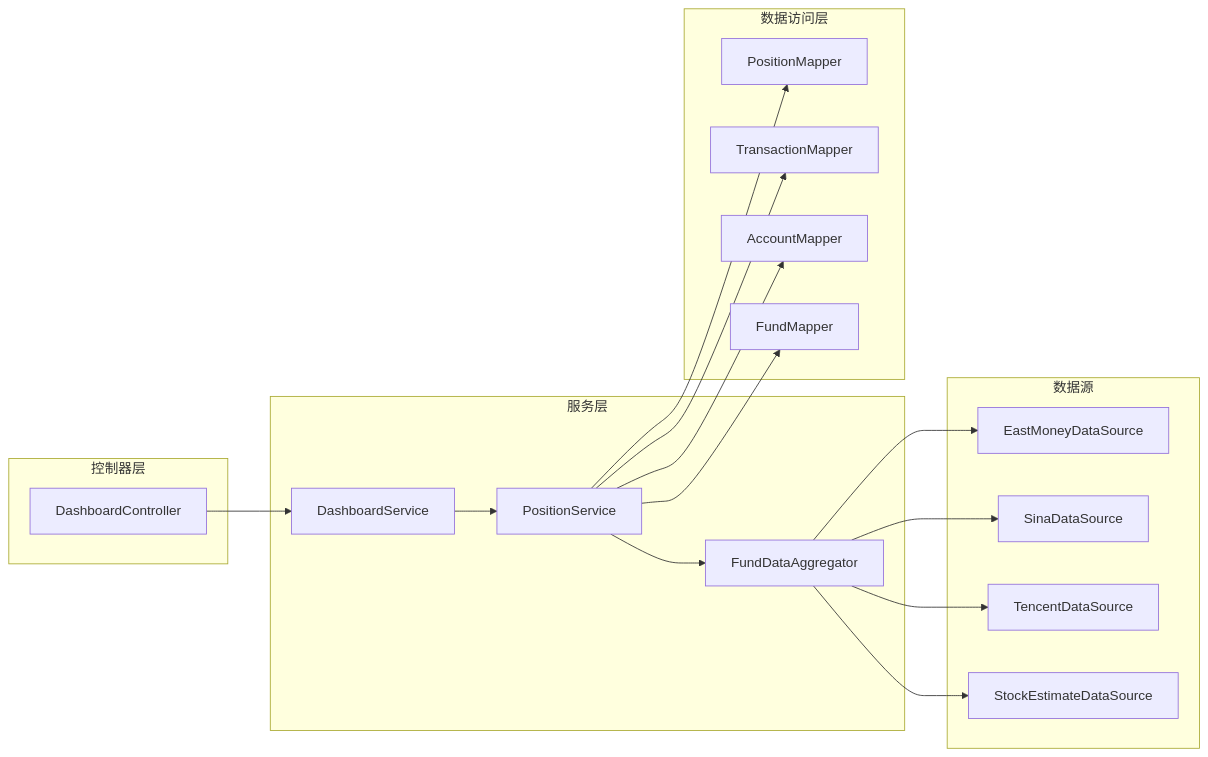
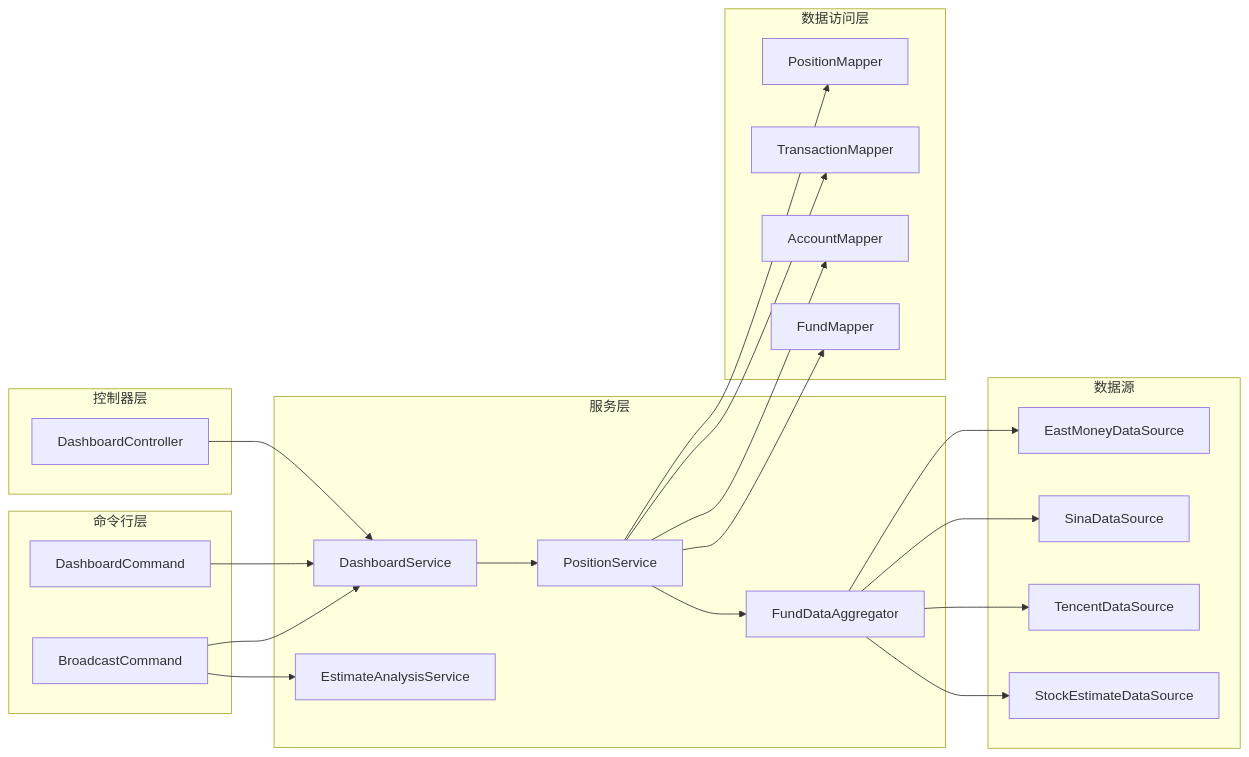
Before and after one commit to gree-coder/fund-butler: the ninth of 10 diagrams in .qoder/repowiki/zh/content/Dashboard Enhancement.md, drawn with Mermaid. The commit also changed other lines of this file and 13 other files, not shown here.

````diff
--- a/.qoder/repowiki/zh/content/Dashboard Enhancement.md
+++ b/.qoder/repowiki/zh/content/Dashboard Enhancement.md
@@ -428,34 +489,42 @@
 ```mermaid
 graph LR
 subgraph "控制器层"
 DC[DashboardController]
 end
 subgraph "服务层"
 DS[DashboardService]
 PS[PositionService]
 FDA[FundDataAggregator]
+ES[EstimateAnalysisService]
+end
+subgraph "命令行层"
+DBC[DashboardCommand]
+BC[BroadcastCommand]
 end
 subgraph "数据访问层"
 PM[PositionMapper]
 TM[TransactionMapper]
 AM[AccountMapper]
 FM[FundMapper]
 end
 subgraph "数据源"
 ED[EastMoneyDataSource]
 SD[SinaDataSource]
 TD[TencentDataSource]
 SED[StockEstimateDataSource]
 end
 DC --> DS
 DS --> PS
 PS --> PM
 PS --> TM
 PS --> AM
 PS --> FM
 PS --> FDA
 FDA --> ED
 FDA --> SD
 FDA --> TD
 FDA --> SED
+DBC --> DS
+BC --> DS
+BC --> ES
 ```
````
